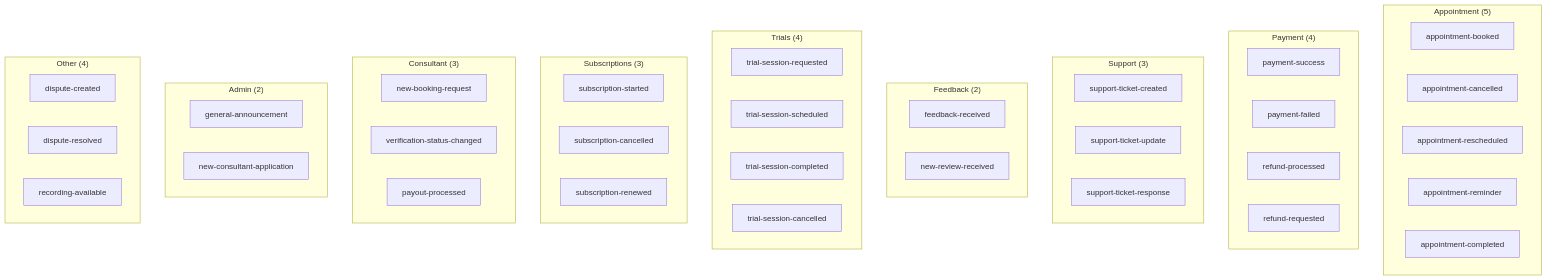
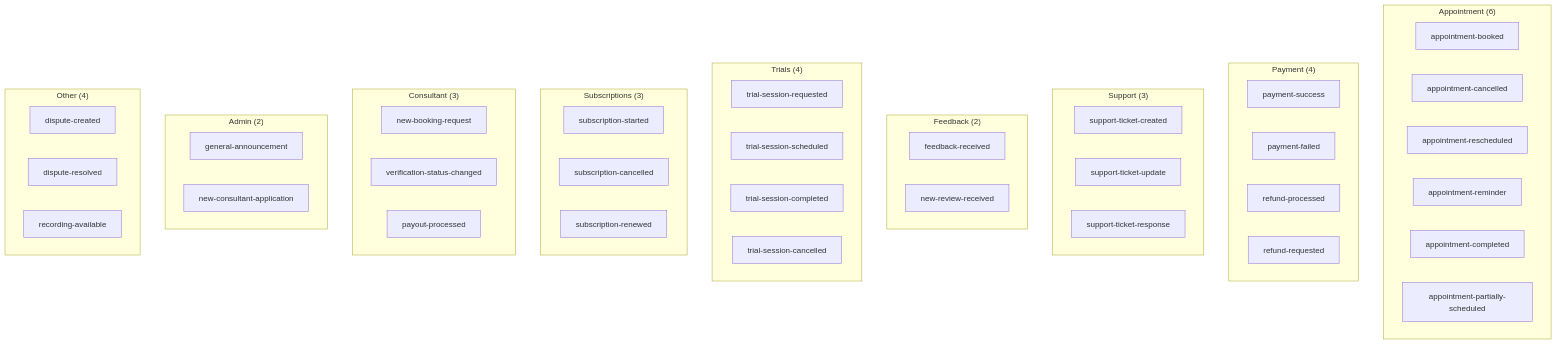
Before and after one commit to Practitionist/familiarise_web: the first of 3 diagrams in docs/notifications/02-workflows-and-api.md, drawn with Mermaid. The commit also changed other lines of this file and 6 other files, not shown here.

````diff
--- a/docs/notifications/02-workflows-and-api.md
+++ b/docs/notifications/02-workflows-and-api.md
@@ -7,58 +7,59 @@
 ```mermaid
 graph TD
-    subgraph "Appointment (5)"
+    subgraph "Appointment (6)"
         W1[appointment-booked]
         W2[appointment-cancelled]
         W3[appointment-rescheduled]
         W4[appointment-reminder]
         W5[appointment-completed]
+        W5b[appointment-partially-scheduled]
     end
 
     subgraph "Payment (4)"
         W6[payment-success]
         W7[payment-failed]
         W8[refund-processed]
         W9[refund-requested]
     end
 
     subgraph "Support (3)"
         W10[support-ticket-created]
         W11[support-ticket-update]
         W12[support-ticket-response]
     end
 
     subgraph "Feedback (2)"
         W13[feedback-received]
         W14[new-review-received]
     end
 
     subgraph "Trials (4)"
         W15[trial-session-requested]
         W16[trial-session-scheduled]
         W17[trial-session-completed]
         W18[trial-session-cancelled]
     end
 
     subgraph "Subscriptions (3)"
         W19[subscription-started]
         W20[subscription-cancelled]
         W21[subscription-renewed]
     end
 
     subgraph "Consultant (3)"
         W22[new-booking-request]
         W23[verification-status-changed]
         W24[payout-processed]
     end
 
     subgraph "Admin (2)"
         W25[general-announcement]
         W26[new-consultant-application]
     end
 
     subgraph "Other (4)"
         W28[dispute-created]
         W29[dispute-resolved]
         W30[recording-available]
     end
 ```
````
